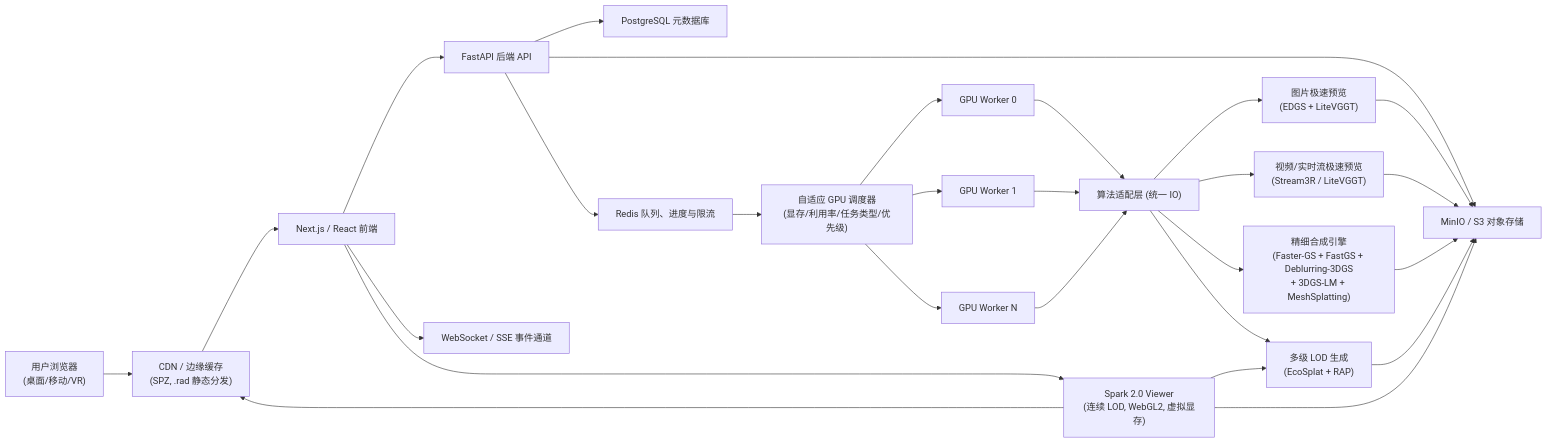
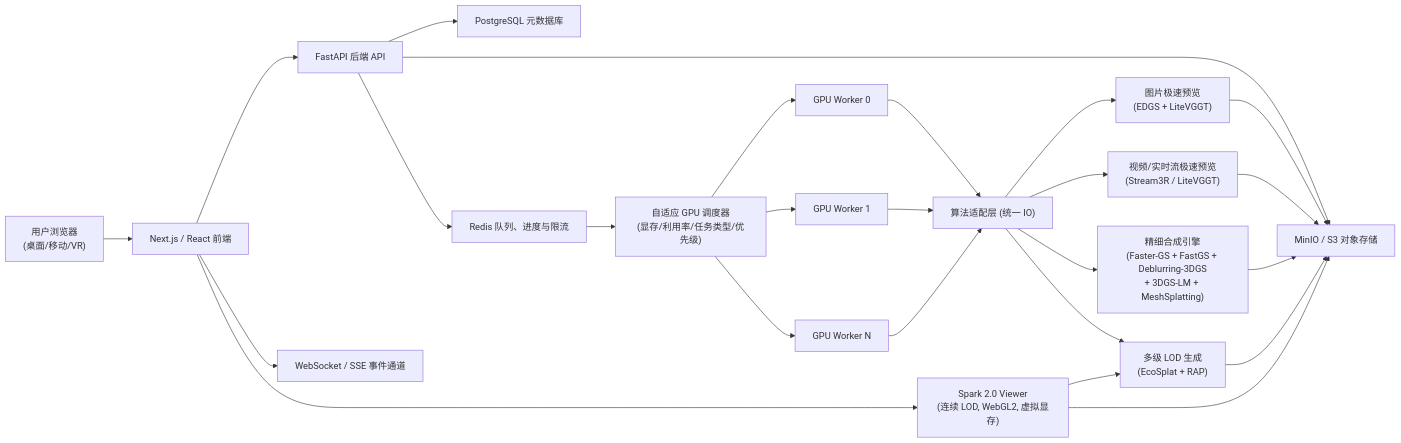
Before and after one commit to Braveliu66/codenew: the first of 4 diagrams in system.md, drawn with Mermaid. The commit also changed other lines of this file and 34 other files, not shown here.

````diff
--- a/system.md
+++ b/system.md
@@ -24,36 +24,34 @@
 ```mermaid
 flowchart LR
-    Browser["用户浏览器\n(桌面/移动/VR)"] --> CDN["CDN / 边缘缓存\n(SPZ, .rad 静态分发)"]
-    CDN --> Frontend["Next.js / React 前端"]
+    Browser["用户浏览器\n(桌面/移动/VR)"] --> Frontend["Next.js / React 前端"]
 
     Frontend --> API["FastAPI 后端 API"]
     Frontend --> EventStream["WebSocket / SSE 事件通道"]
 
     API --> Postgres["PostgreSQL 元数据库"]
     API --> Redis["Redis 队列、进度与限流"]
     API --> ObjectStore["MinIO / S3 对象存储"]
 
     Redis --> AdaptiveScheduler["自适应 GPU 调度器\n(显存/利用率/任务类型/优先级)"]
     AdaptiveScheduler --> Worker0["GPU Worker 0"]
     AdaptiveScheduler --> Worker1["GPU Worker 1"]
     AdaptiveScheduler --> WorkerN["GPU Worker N"]
 
     Worker0 --> Adapters["算法适配层 (统一 IO)"]
     Worker1 --> Adapters
     WorkerN --> Adapters
 
     Adapters --> PreviewImage["图片极速预览\n(EDGS + LiteVGGT)"]
     Adapters --> StreamRT["视频/实时流极速预览\n(Stream3R / LiteVGGT)"]
     Adapters --> FineEngine["精细合成引擎\n(Faster‑GS + FastGS + Deblurring‑3DGS\n+ 3DGS‑LM + MeshSplatting)"]
     Adapters --> LODGen["多级 LOD 生成\n(EcoSplat + RAP)"]
 
     PreviewImage --> ObjectStore
     StreamRT --> ObjectStore
     FineEngine --> ObjectStore
     LODGen --> ObjectStore
 
     Frontend --> Viewer["Spark 2.0 Viewer\n(连续 LOD, WebGL2, 虚拟显存)"]
     Viewer --> LODGen
     Viewer --> ObjectStore
-    Viewer --> CDN
 ```
````
